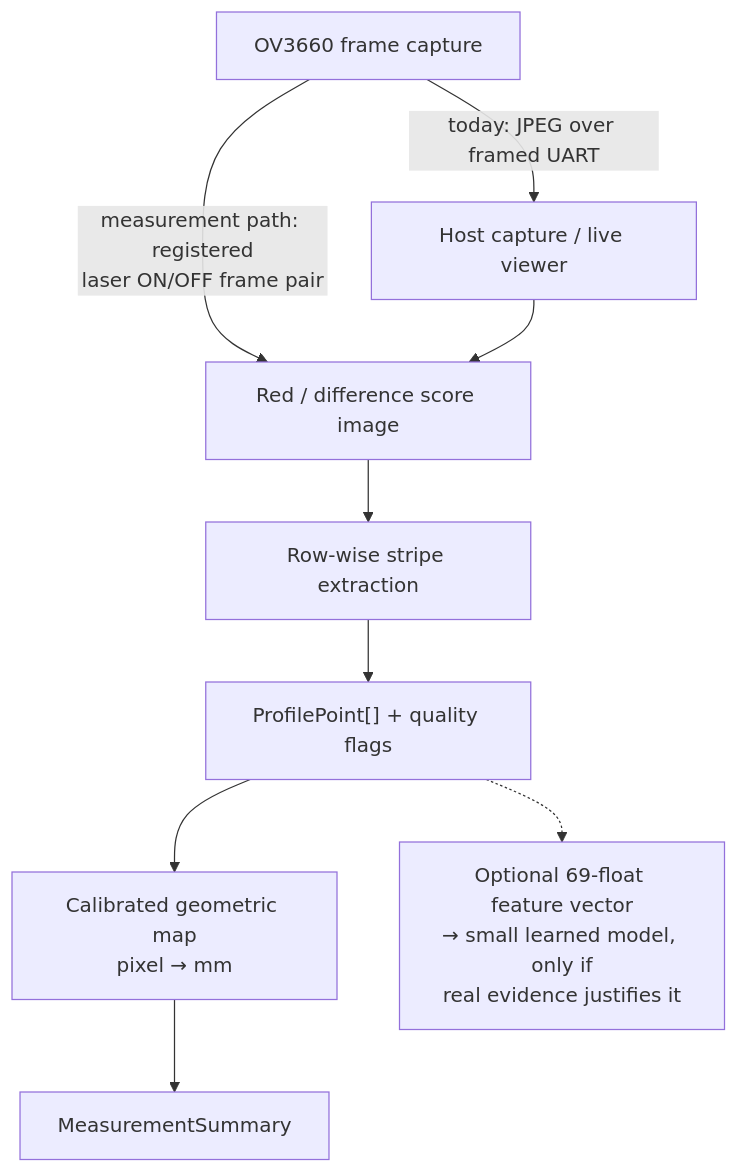
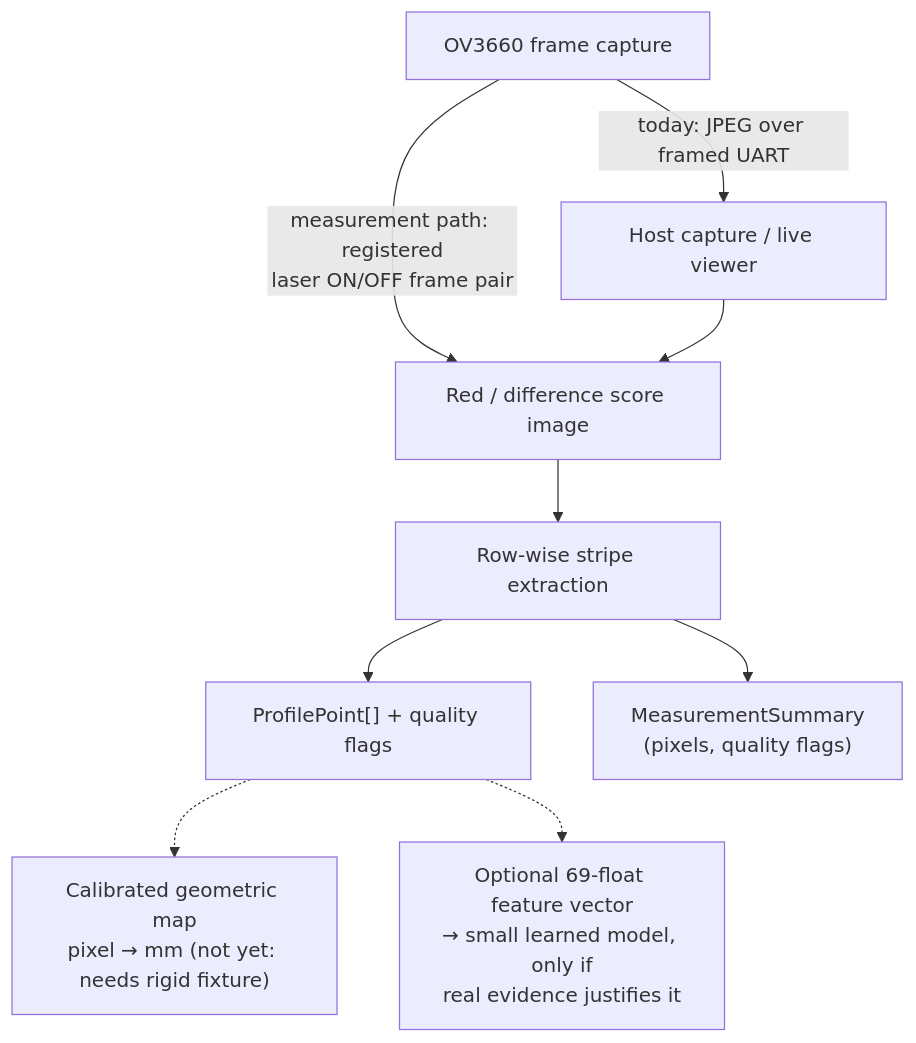
One commit to juvenile454/esp32-laser-triangulation changed the diagram in docs/ARCHITECTURE.md. Above: the diagram before and after it, drawn with Mermaid. The commit also changed other lines of this file and 13 other files, not shown here.

````diff
--- a/docs/ARCHITECTURE.md
+++ b/docs/ARCHITECTURE.md
@@ -9,12 +9,12 @@
 ```mermaid
 flowchart TD
     capture["OV3660 frame capture"]
     capture -- "today: JPEG over framed UART" --> host["Host capture / live viewer"]
     capture -- "measurement path: registered<br/>laser ON/OFF frame pair" --> score["Red / difference score image"]
     host --> score
     score --> extract["Row-wise stripe extraction"]
     extract --> profile["ProfilePoint[] + quality flags"]
-    profile --> calib["Calibrated geometric map<br/>pixel → mm"]
+    profile -.-> calib["Calibrated geometric map<br/>pixel → mm (not yet: needs rigid fixture)"]
     profile -.-> features["Optional 69-float feature vector<br/>→ small learned model, only if<br/>real evidence justifies it"]
-    calib --> summary["MeasurementSummary"]
+    extract --> summary["MeasurementSummary<br/>(pixels, quality flags)"]
 ```
````
